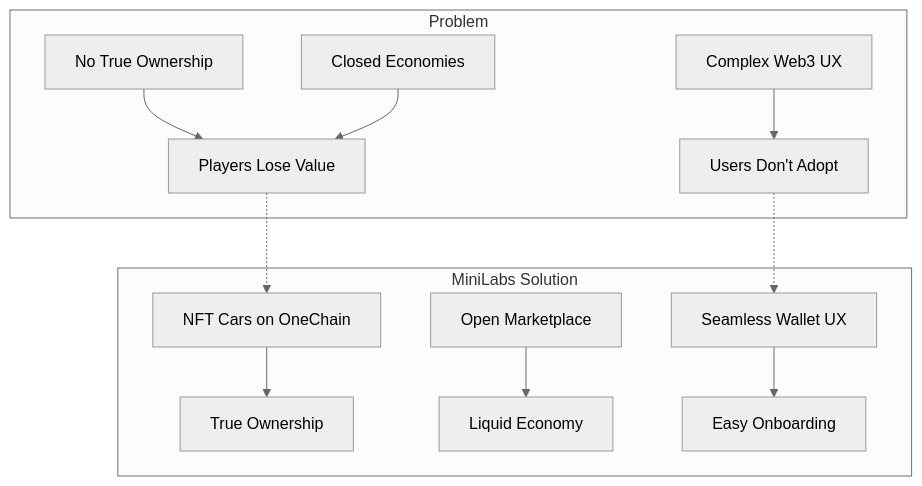
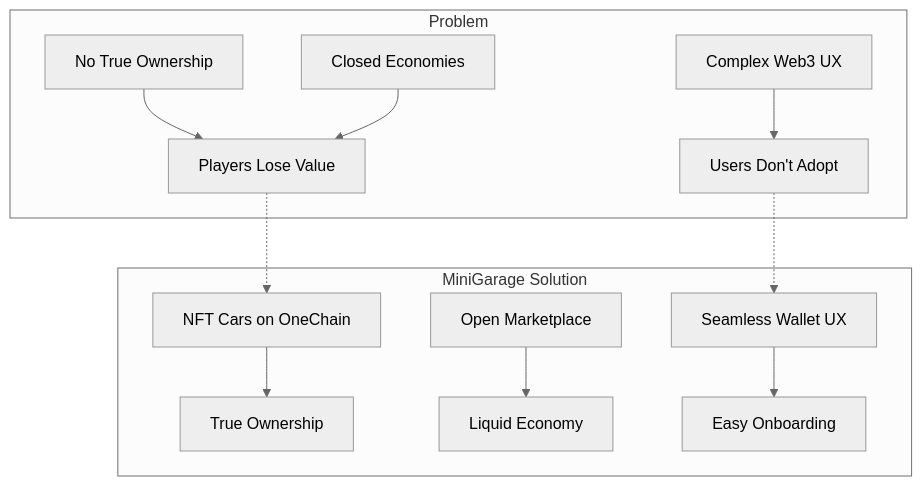
One commit to MiniLabsTeam/frontend changed the diagram in docs/introduction/problem-and-solution.md. Above: the diagram before and after it, drawn with Mermaid (neutral theme). The commit also changed other lines of this file and 21 other files, not shown here.

Commit message:
fix: Update MiniGarage in docs

````diff
--- a/docs/introduction/problem-and-solution.md
+++ b/docs/introduction/problem-and-solution.md
@@ -45,15 +45,15 @@
 ```mermaid
 graph TB
     subgraph Problem
         A[No True Ownership] --> D[Players Lose Value]
         B[Closed Economies] --> D
         C[Complex Web3 UX] --> E[Users Don't Adopt]
     end
-    subgraph MiniLabs Solution
+    subgraph MiniGarage Solution
         F[NFT Cars on OneChain] --> I[True Ownership]
         G[Open Marketplace] --> J[Liquid Economy]
         H[Seamless Wallet UX] --> K[Easy Onboarding]
     end
     D -.-> F
     E -.-> H
 ```
````
